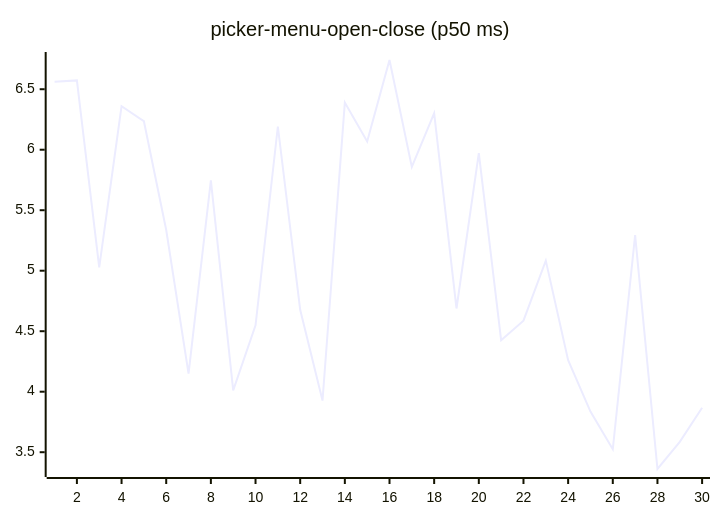
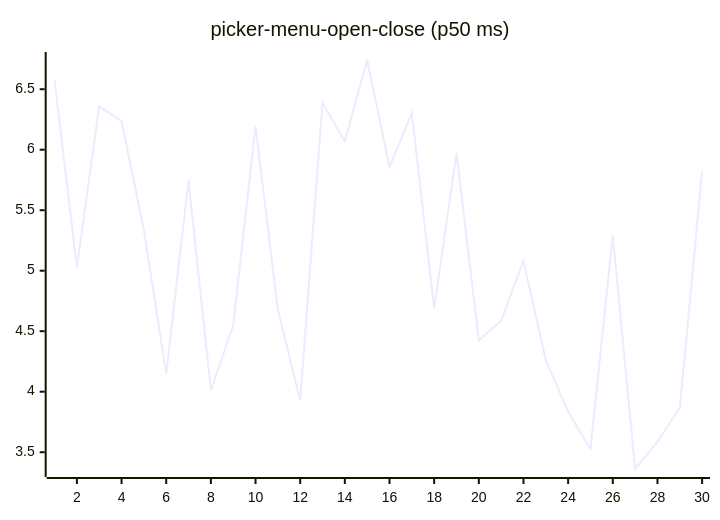
One commit to josha/Facet changed diagram 16 of 27 in README.md. Above: the diagram before and after it, drawn with Mermaid. The commit also changed other lines of this file and 2 other files, not shown here.

````diff
--- a/README.md
+++ b/README.md
@@ -168,6 +168,6 @@
 ```mermaid
 xychart-beta
     title "picker-menu-open-close (p50 ms)"
     x-axis 1 --> 30
-    line [6.5623, 6.5728, 5.0278, 6.3599, 6.2355, 5.3362, 4.1492, 5.7473, 4.0112, 4.5489, 6.1919, 4.6774, 3.9267, 6.3897, 6.0683, 6.7415, 5.8582, 6.3016, 4.6878, 5.9725, 4.4246, 4.5868, 5.0832, 4.2609, 3.8354, 3.5244, 5.2942, 3.3612, 3.5857, 3.8672]
+    line [6.5728, 5.0278, 6.3599, 6.2355, 5.3362, 4.1492, 5.7473, 4.0112, 4.5489, 6.1919, 4.6774, 3.9267, 6.3897, 6.0683, 6.7415, 5.8582, 6.3016, 4.6878, 5.9725, 4.4246, 4.5868, 5.0832, 4.2609, 3.8354, 3.5244, 5.2942, 3.3612, 3.5857, 3.8672, 5.8216]
 ```
````
